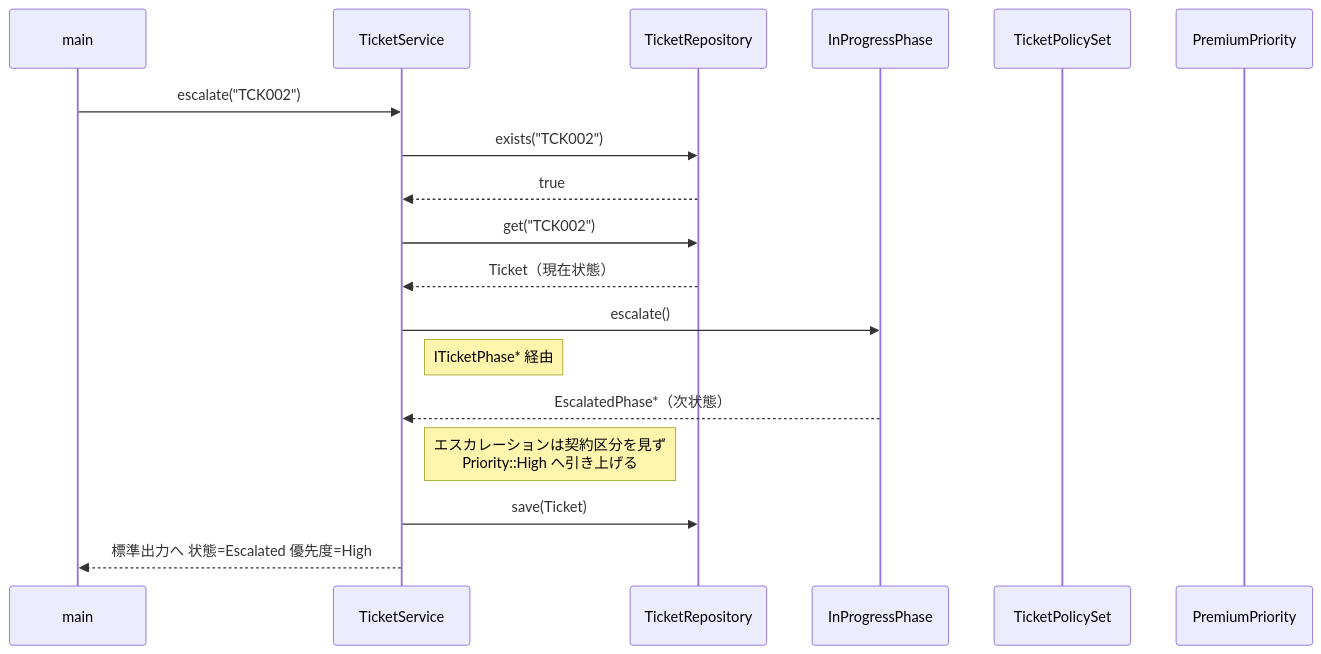
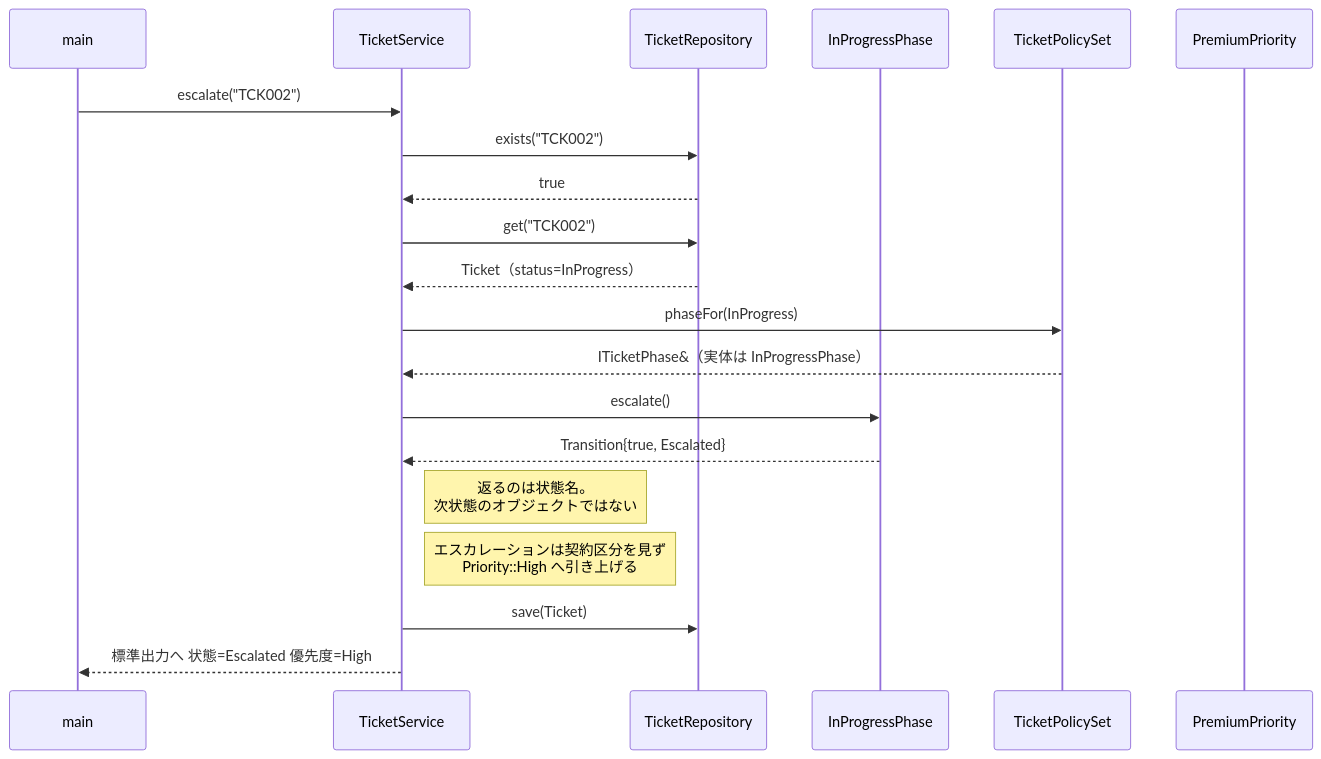
Before and after one commit to kumachan1101-pixel/DesignPattern: diagram 17 of 22 in kindle/design-patterns/output/chapter09_2.md, drawn with Mermaid. The commit also changed other lines of this file and 1 other file, not shown here.

First line of the commit message:
EDIT-016: TicketServiceの依存を値メンバへ戻す

````diff
--- a/kindle/design-patterns/output/chapter09_2.md
+++ b/kindle/design-patterns/output/chapter09_2.md
@@ -2352,20 +2346,22 @@
 ```mermaid
 sequenceDiagram
     participant Main as main
     participant Svc as TicketService
     participant Repo as TicketRepository
     participant Ph as InProgressPhase
     participant Set as TicketPolicySet
     participant Rule as PremiumPriority
     Main->>Svc: escalate("TCK002")
     Svc->>Repo: exists("TCK002")
     Repo-->>Svc: true
     Svc->>Repo: get("TCK002")
-    Repo-->>Svc: Ticket（現在状態）
+    Repo-->>Svc: Ticket（status=InProgress）
+    Svc->>Set: phaseFor(InProgress)
+    Set-->>Svc: ITicketPhase&（実体は InProgressPhase）
     Svc->>Ph: escalate()
-    Note right of Svc: ITicketPhase* 経由
-    Ph-->>Svc: EscalatedPhase*（次状態）
+    Ph-->>Svc: Transition{true, Escalated}
+    Note right of Svc: 返るのは状態名。<br/>次状態のオブジェクトではない
     Note right of Svc: エスカレーションは契約区分を見ず<br/>Priority::High へ引き上げる
     Svc->>Repo: save(Ticket)
     Svc-->>Main: 標準出力へ 状態=Escalated 優先度=High
 ```
````
